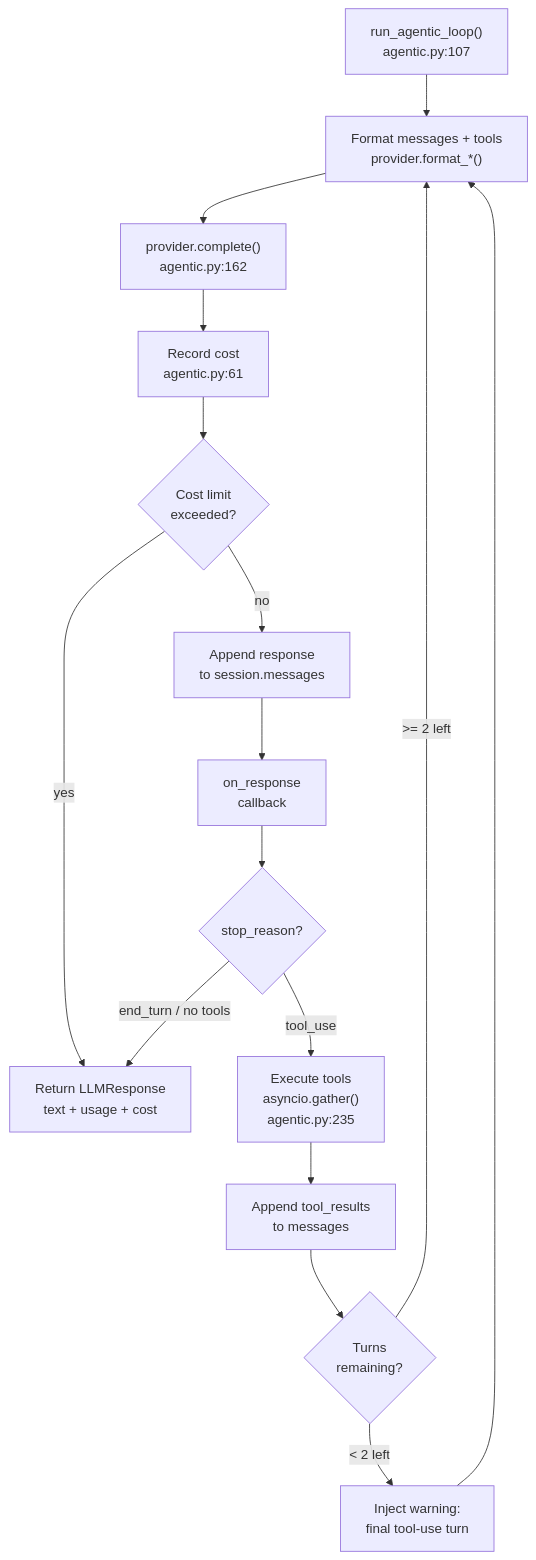
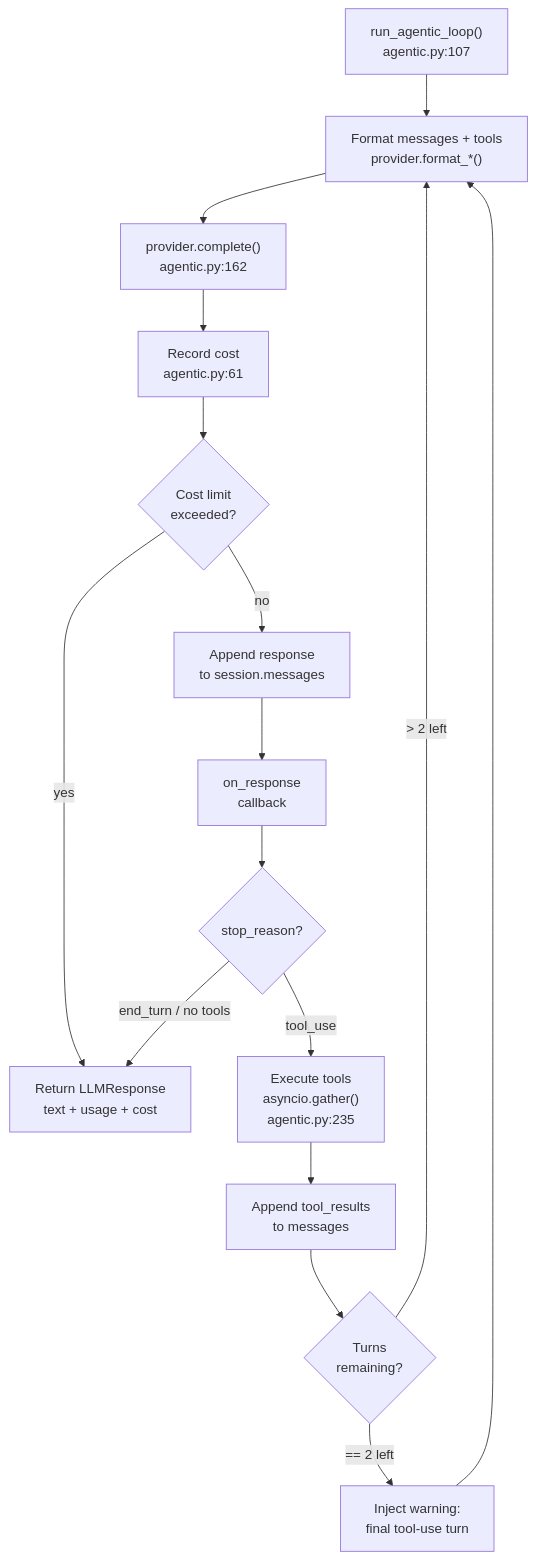
The second of 8 diagrams in docs/diagrams.md (nicolasforstinger/lucyd), drawn with Mermaid before and after one commit. The commit also changed other lines of this file and 1 other file, not shown here.

Commit message:
fix: correct 3 diagram inaccuracies verified against source
- Diagram 1: swap MEDIA/SESSION order to match _process_message() flow
  (attachments processed at lines 657-723, session created at line 726)
- Diagram 2: turn check labels — == 2 injects warning, not < 2
  (agentic.py:258 checks remaining == 2 exactly)
- Diagram 7: 12 → 11 built-in modules (indexer.py exports no tools)

````diff
--- a/docs/diagrams.md
+++ b/docs/diagrams.md
@@ -58,27 +58,27 @@
 ```mermaid
 flowchart TD
     START["run_agentic_loop()<br/>agentic.py:107"]
     FORMAT["Format messages + tools<br/>provider.format_*()"]
     API["provider.complete()<br/>agentic.py:162"]
     COST["Record cost<br/>agentic.py:61"]
 
     COST_CHECK{"Cost limit<br/>exceeded?"}
     APPEND["Append response<br/>to session.messages"]
     CALLBACK_R["on_response<br/>callback"]
 
     STOP_CHECK{"stop_reason?"}
     TOOL_EXEC["Execute tools<br/>asyncio.gather()<br/>agentic.py:235"]
     TOOL_RESULTS["Append tool_results<br/>to messages"]
     TURN_CHECK{"Turns<br/>remaining?"}
     WARN["Inject warning:<br/>final tool-use turn"]
 
     RETURN["Return LLMResponse<br/>text + usage + cost"]
 
     START --> FORMAT --> API --> COST --> COST_CHECK
     COST_CHECK -->|yes| RETURN
     COST_CHECK -->|no| APPEND --> CALLBACK_R --> STOP_CHECK
     STOP_CHECK -->|"end_turn / no tools"| RETURN
     STOP_CHECK -->|tool_use| TOOL_EXEC --> TOOL_RESULTS --> TURN_CHECK
-    TURN_CHECK -->|">= 2 left"| FORMAT
-    TURN_CHECK -->|"< 2 left"| WARN --> FORMAT
+    TURN_CHECK -->|"> 2 left"| FORMAT
+    TURN_CHECK -->|"== 2 left"| WARN --> FORMAT
 ```
````
